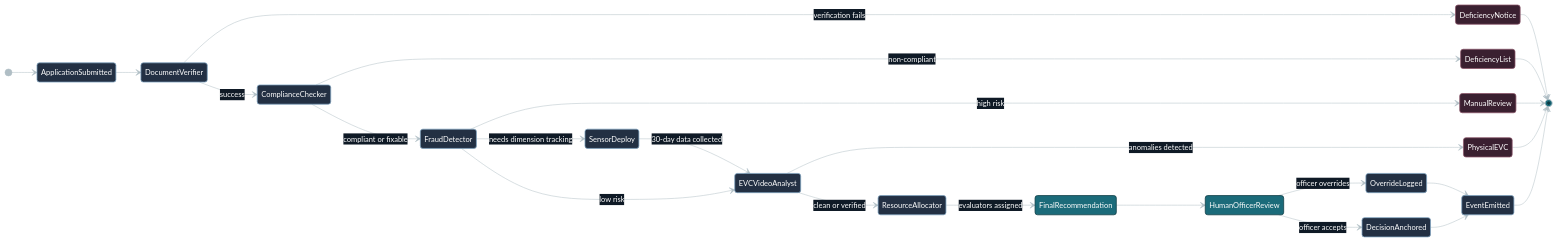
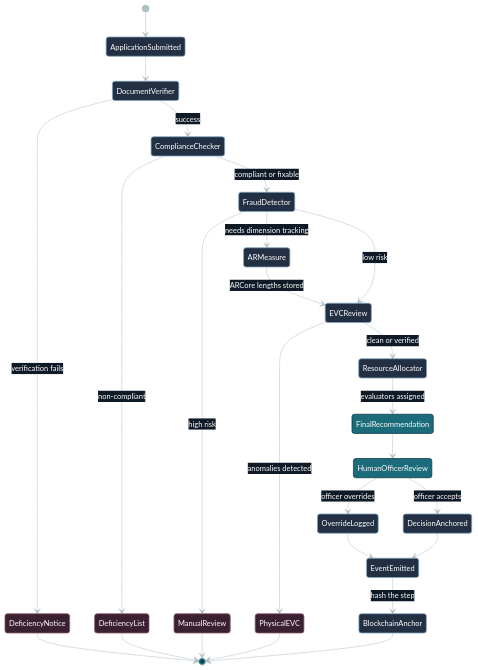
The diagram in langgraph_state_machine.mmd (Anayshah13/sih-AICTE_prototype), drawn with Mermaid before and after one commit. The commit also changed 17 other files, not shown here.

```diff
--- a/langgraph_state_machine.mmd
+++ b/langgraph_state_machine.mmd
@@ -1,42 +1,43 @@
 %%{init: {'theme':'base', 'themeVariables': {
   'primaryColor': '#1B6B7A',
   'primaryTextColor': '#FFFFFF',
   'primaryBorderColor': '#0D3A42',
   'lineColor': '#B0BEC5',
   'textColor': '#FFFFFF',
   'fontSize': '15px',
   'edgeLabelBackground':'#0F1A26'
 }}}%%
 stateDiagram-v2
-    direction LR
+    direction TB
     [*] --> ApplicationSubmitted
     ApplicationSubmitted --> DocumentVerifier
     DocumentVerifier --> DeficiencyNotice : verification fails
     DocumentVerifier --> ComplianceChecker : success
     ComplianceChecker --> DeficiencyList : non-compliant
     ComplianceChecker --> FraudDetector : compliant or fixable
     FraudDetector --> ManualReview : high risk
-    FraudDetector --> SensorDeploy : needs dimension tracking
-    FraudDetector --> EVCVideoAnalyst : low risk
-    SensorDeploy --> EVCVideoAnalyst : 30-day data collected
-    EVCVideoAnalyst --> PhysicalEVC : anomalies detected
-    EVCVideoAnalyst --> ResourceAllocator : clean or verified
+    FraudDetector --> ARMeasure : needs dimension tracking
+    FraudDetector --> EVCReview : low risk
+    ARMeasure --> EVCReview : ARCore lengths stored
+    EVCReview --> PhysicalEVC : anomalies detected
+    EVCReview --> ResourceAllocator : clean or verified
     ResourceAllocator --> FinalRecommendation : evaluators assigned
     FinalRecommendation --> HumanOfficerReview
     HumanOfficerReview --> OverrideLogged : officer overrides
     HumanOfficerReview --> DecisionAnchored : officer accepts
     OverrideLogged --> EventEmitted
     DecisionAnchored --> EventEmitted
-    EventEmitted --> [*]
+    EventEmitted --> BlockchainAnchor : hash the step
+    BlockchainAnchor --> [*]
     DeficiencyNotice --> [*]
     DeficiencyList --> [*]
     ManualReview --> [*]
     PhysicalEVC --> [*]
 
     classDef terminal fill:#3A2030,color:#FFFFFF,stroke:#8A5468,stroke-width:1.5px
     classDef review fill:#1B6B7A,color:#FFFFFF,stroke:#0D3A42,stroke-width:1.5px
     classDef normal fill:#233043,color:#FFFFFF,stroke:#7FA3C0,stroke-width:1.5px
 
     class DeficiencyNotice,DeficiencyList,ManualReview,PhysicalEVC terminal
     class HumanOfficerReview,FinalRecommendation review
-    class ApplicationSubmitted,DocumentVerifier,ComplianceChecker,FraudDetector,SensorDeploy,EVCVideoAnalyst,ResourceAllocator,OverrideLogged,DecisionAnchored,EventEmitted normal
+    class ApplicationSubmitted,DocumentVerifier,ComplianceChecker,FraudDetector,ARMeasure,EVCReview,ResourceAllocator,OverrideLogged,DecisionAnchored,EventEmitted,BlockchainAnchor normal
```
